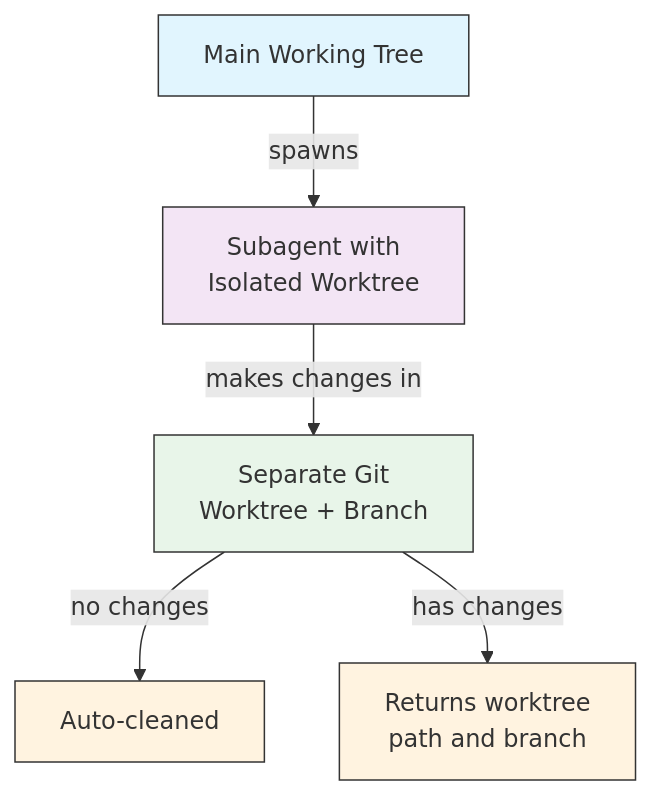
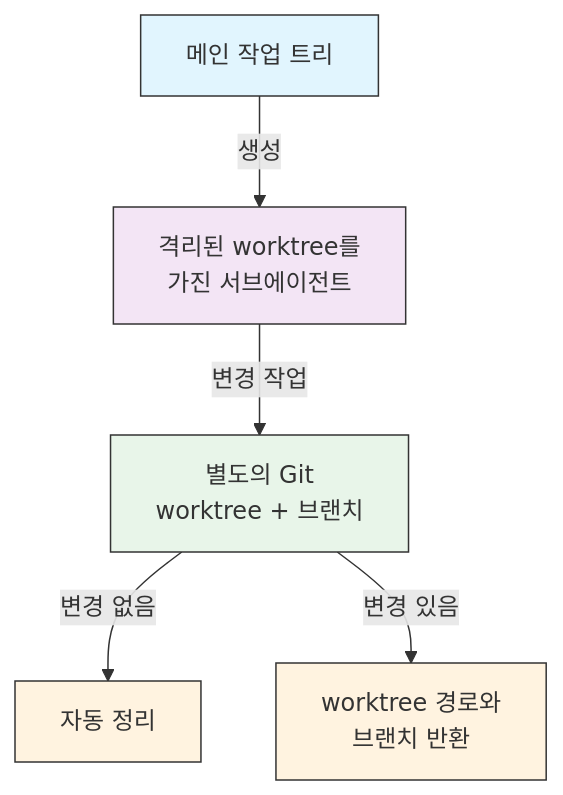
One commit to KIMDONGWHEE99/howkorean changed the second of 7 diagrams in 04-subagents/README.md. Above: the diagram before and after it, drawn with Mermaid. The commit also changed other lines of this file and 1 other file, not shown here.

````diff
--- a/04-subagents/README.md
+++ b/04-subagents/README.md
@@ -581,13 +579,13 @@
 ```mermaid
 graph TB
-    Main["Main Working Tree"] -->|spawns| Sub["Subagent with<br/>Isolated Worktree"]
-    Sub -->|makes changes in| WT["Separate Git<br/>Worktree + Branch"]
-    WT -->|no changes| Clean["Auto-cleaned"]
-    WT -->|has changes| Return["Returns worktree<br/>path and branch"]
+    Main["메인 작업 트리"] -->|생성| Sub["격리된 worktree를<br/>가진 서브에이전트"]
+    Sub -->|변경 작업| WT["별도의 Git<br/>worktree + 브랜치"]
+    WT -->|변경 없음| Clean["자동 정리"]
+    WT -->|변경 있음| Return["worktree 경로와<br/>브랜치 반환"]
 
     style Main fill:#e1f5fe,stroke:#333,color:#333
     style Sub fill:#f3e5f5,stroke:#333,color:#333
     style WT fill:#e8f5e9,stroke:#333,color:#333
     style Clean fill:#fff3e0,stroke:#333,color:#333
     style Return fill:#fff3e0,stroke:#333,color:#333
 ```
````
